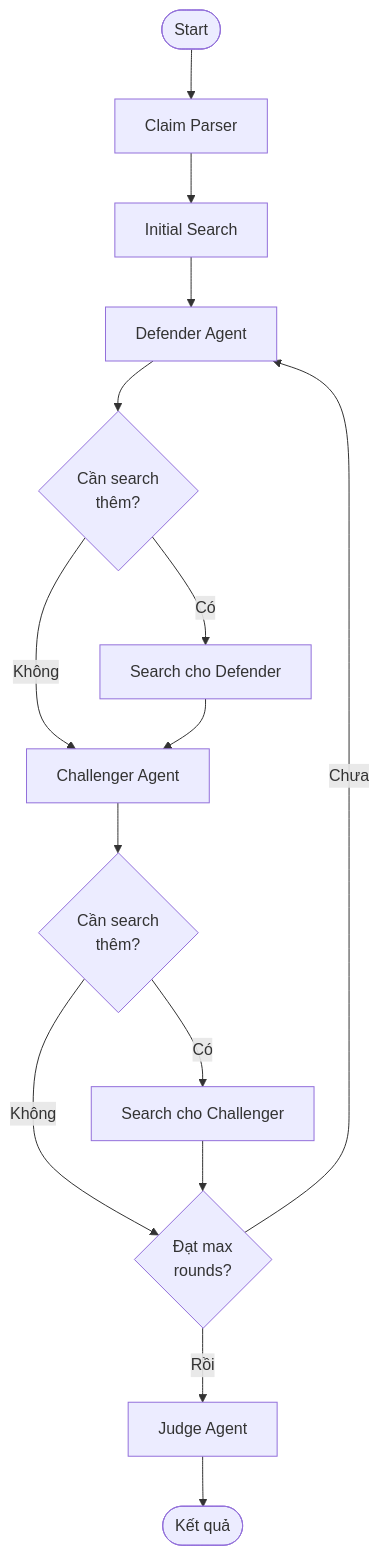
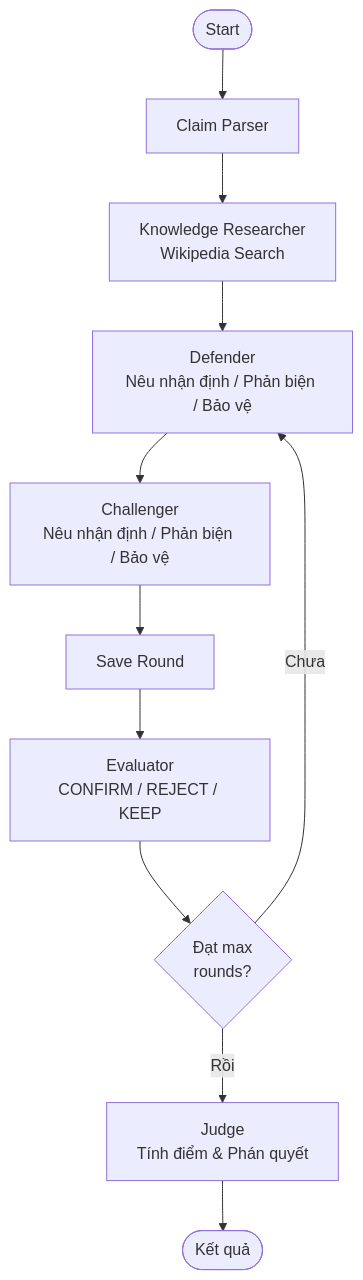
One commit to TranKien2005/MAD-System-for-Fake-News-Detection changed the diagram in SYSTEM_DESIGN.md. Above: the diagram before and after it, drawn with Mermaid. The commit also changed other lines of this file and 19 other files, not shown here.

````diff
--- a/SYSTEM_DESIGN.md
+++ b/SYSTEM_DESIGN.md
@@ -372,17 +315,13 @@
 ```mermaid
 graph TD
     START([Start]) --> PARSE[Claim Parser]
-    PARSE --> INIT_SEARCH[Initial Search]
-    INIT_SEARCH --> DEFENDER[Defender Agent]
-    DEFENDER --> DEF_SEARCH{Cần search<br/>thêm?}
-    DEF_SEARCH -->|Có| SEARCH_DEF[Search cho Defender]
-    DEF_SEARCH -->|Không| CHALLENGER
-    SEARCH_DEF --> CHALLENGER[Challenger Agent]
-    CHALLENGER --> CHAL_SEARCH{Cần search<br/>thêm?}
-    CHAL_SEARCH -->|Có| SEARCH_CHAL[Search cho Challenger]
-    CHAL_SEARCH -->|Không| CHECK
-    SEARCH_CHAL --> CHECK{Đạt max<br/>rounds?}
-    CHECK -->|Chưa| DEFENDER
-    CHECK -->|Rồi| JUDGE[Judge Agent]
+    PARSE --> RESEARCH[Knowledge Researcher<br/>Wikipedia Search]
+    RESEARCH --> DEF[Defender<br/>Nêu nhận định / Phản biện / Bảo vệ]
+    DEF --> CHAL[Challenger<br/>Nêu nhận định / Phản biện / Bảo vệ]
+    CHAL --> SAVE[Save Round]
+    SAVE --> EVAL[Evaluator<br/>CONFIRM / REJECT / KEEP]
+    EVAL --> CHECK{Đạt max<br/>rounds?}
+    CHECK -->|Chưa| DEF
+    CHECK -->|Rồi| JUDGE[Judge<br/>Tính điểm & Phán quyết]
     JUDGE --> END([Kết quả])
 ```
````
